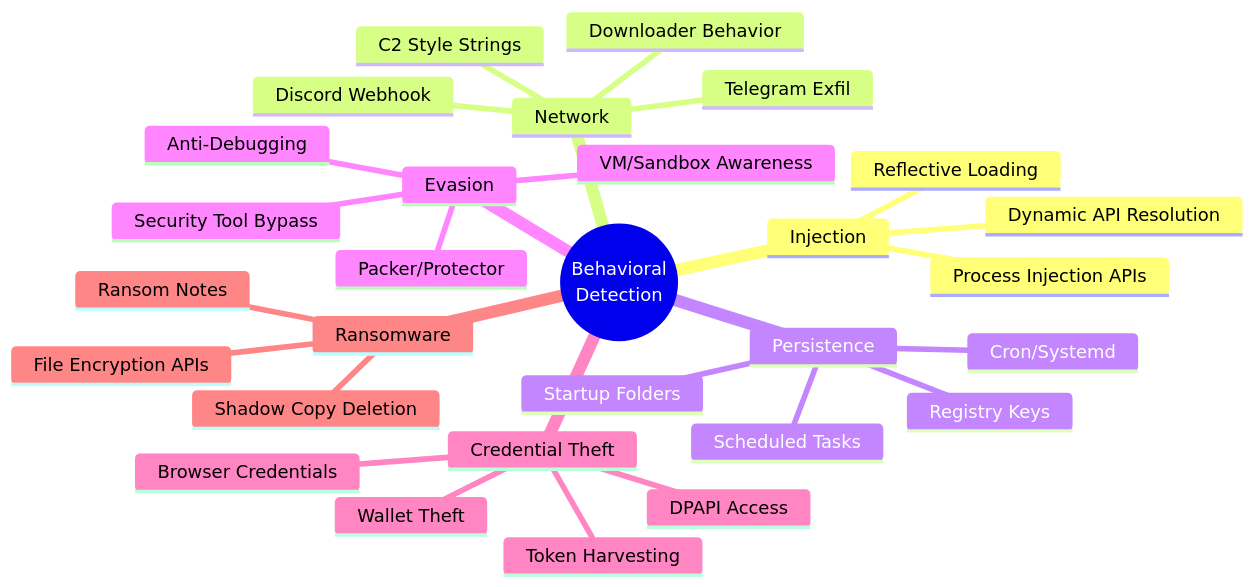
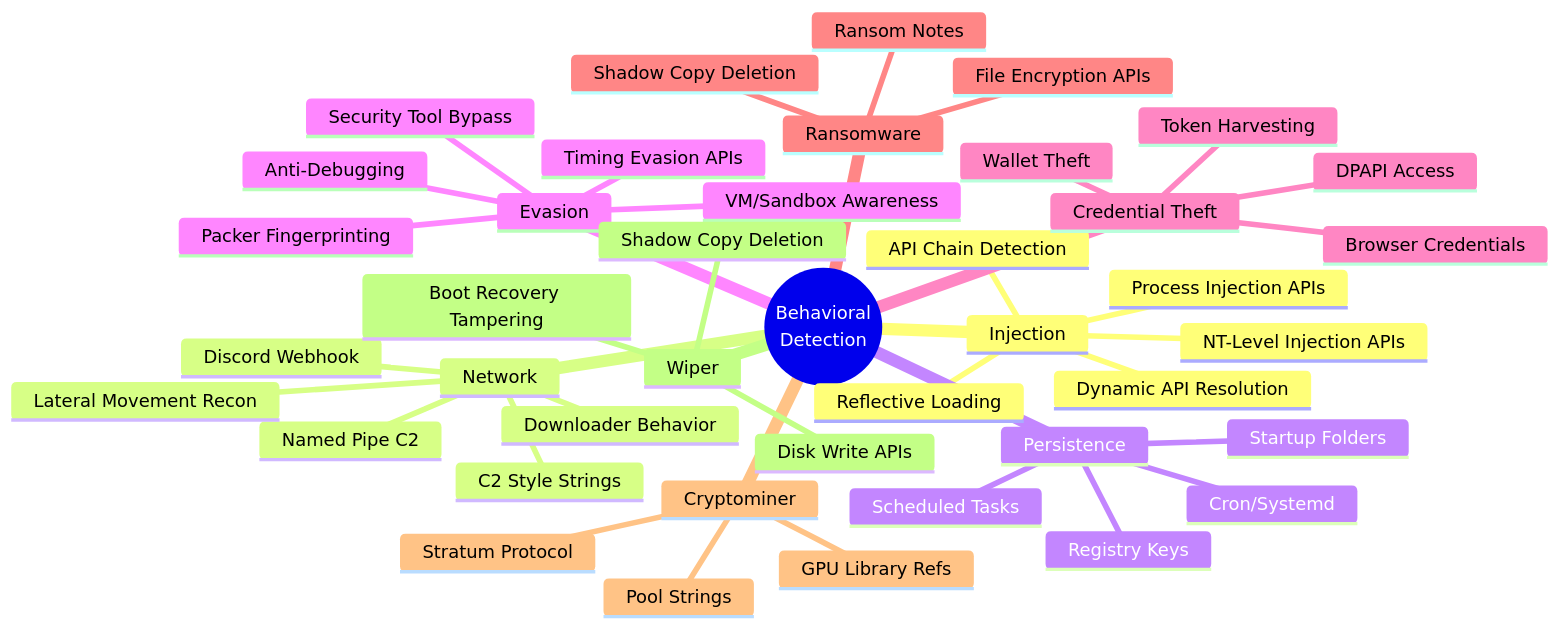
Before and after one commit to Masriyan/FlatScan: the fourth of 11 diagrams in README.md, drawn with Mermaid. The commit also changed other lines of this file and 20 other files, not shown here.

````diff
--- a/README.md
+++ b/README.md
@@ -243,32 +247,44 @@
 ```mermaid
 mindmap
   root((Behavioral<br/>Detection))
     Injection
       Process Injection APIs
+      NT-Level Injection APIs
       Dynamic API Resolution
       Reflective Loading
+      API Chain Detection
     Network
       Downloader Behavior
       C2 Style Strings
       Discord Webhook
-      Telegram Exfil
+      Named Pipe C2
+      Lateral Movement Recon
     Persistence
       Registry Keys
       Startup Folders
       Scheduled Tasks
       Cron/Systemd
     Evasion
       VM/Sandbox Awareness
       Anti-Debugging
+      Timing Evasion APIs
       Security Tool Bypass
-      Packer/Protector
+      Packer Fingerprinting
     Credential Theft
       Browser Credentials
       DPAPI Access
       Wallet Theft
       Token Harvesting
     Ransomware
       Ransom Notes
       File Encryption APIs
       Shadow Copy Deletion
+    Cryptominer
+      Stratum Protocol
+      GPU Library Refs
+      Pool Strings
+    Wiper
+      Shadow Copy Deletion
+      Disk Write APIs
+      Boot Recovery Tampering
 ```
````
